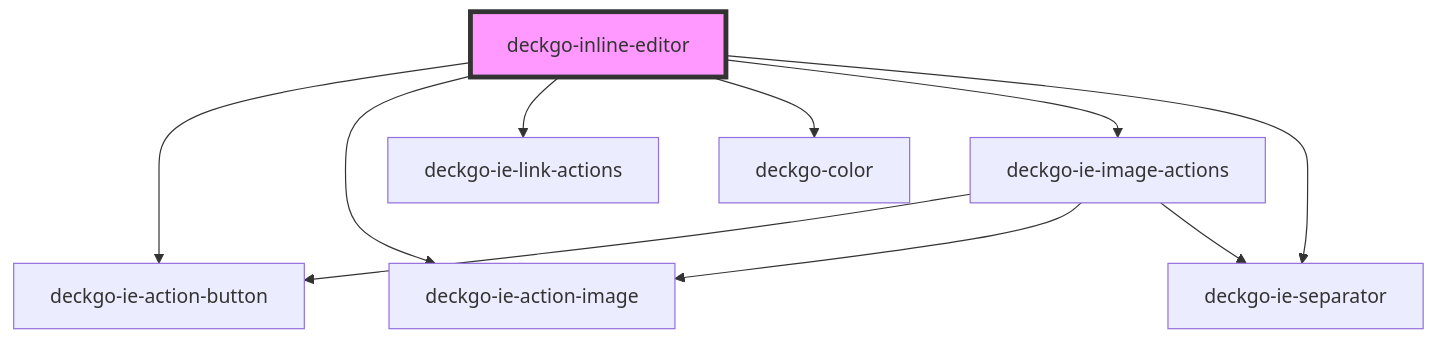
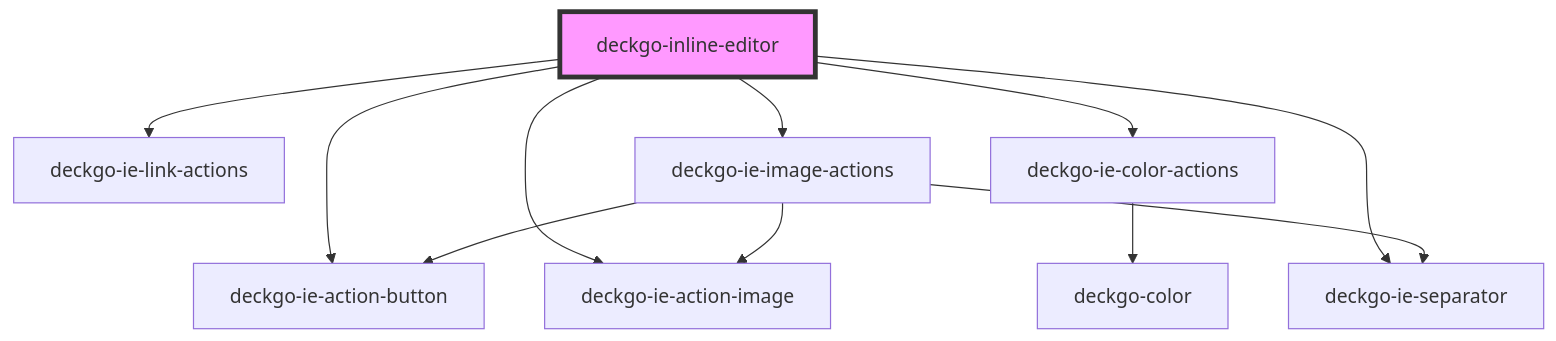
One commit to deckgo/deckdeckgo changed the diagram in webcomponents/inline-editor/src/components/inline-editor/readme.md. Above: the diagram before and after it, drawn with Mermaid. The commit also changed other lines of this file and 14 other files, not shown here.

````diff
--- a/webcomponents/inline-editor/src/components/inline-editor/readme.md
+++ b/webcomponents/inline-editor/src/components/inline-editor/readme.md
@@ -52,13 +52,14 @@
 ```mermaid
 graph TD;
   deckgo-inline-editor --> deckgo-ie-action-button
   deckgo-inline-editor --> deckgo-ie-action-image
   deckgo-inline-editor --> deckgo-ie-link-actions
-  deckgo-inline-editor --> deckgo-color
+  deckgo-inline-editor --> deckgo-ie-color-actions
   deckgo-inline-editor --> deckgo-ie-image-actions
   deckgo-inline-editor --> deckgo-ie-separator
+  deckgo-ie-color-actions --> deckgo-color
   deckgo-ie-image-actions --> deckgo-ie-action-button
   deckgo-ie-image-actions --> deckgo-ie-action-image
   deckgo-ie-image-actions --> deckgo-ie-separator
   style deckgo-inline-editor fill:#f9f,stroke:#333,stroke-width:4px
 ```
````
